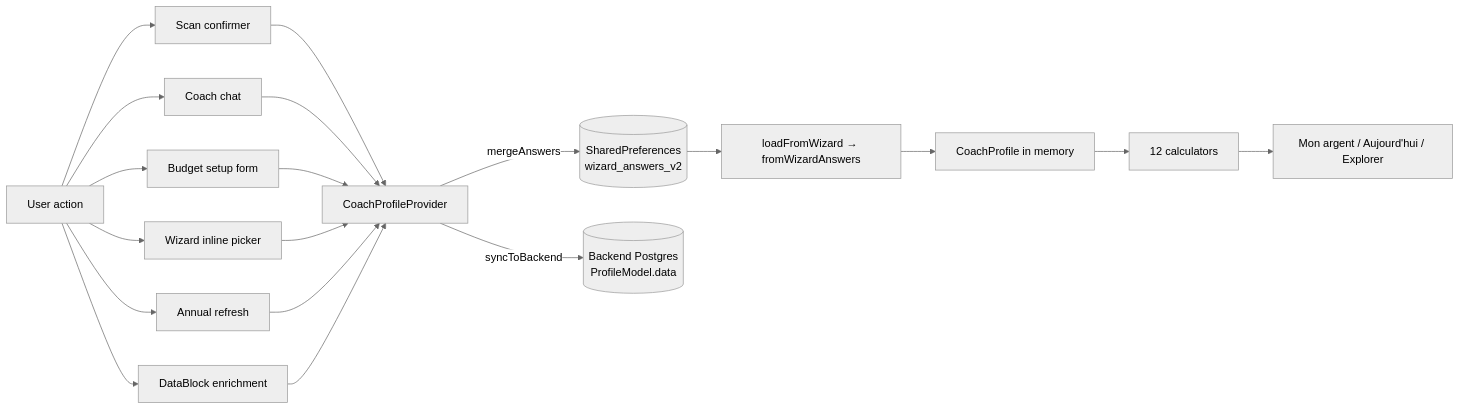
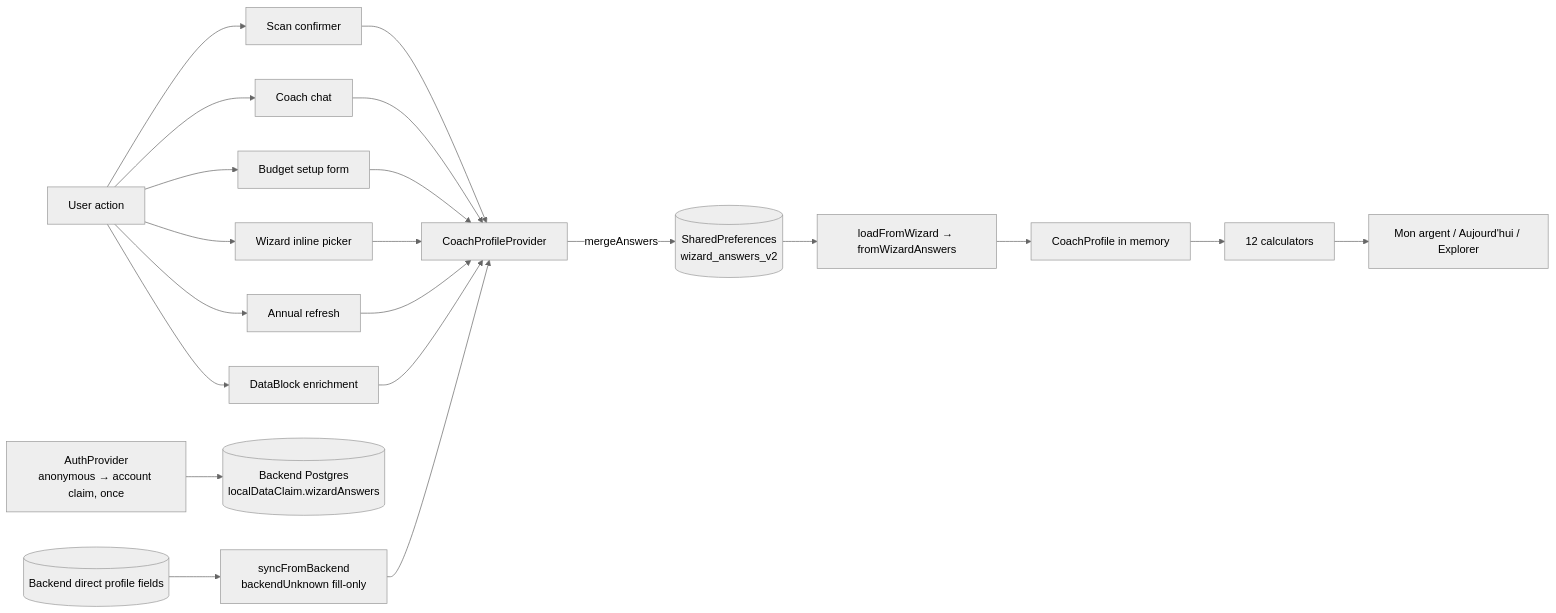
One commit to MINT-IA/MINT changed the diagram in docs/data-flow.md. Above: the diagram before and after it, drawn with Mermaid (neutral theme). The commit also changed other lines of this file and 147 other files, not shown here.

````diff
--- a/docs/data-flow.md
+++ b/docs/data-flow.md
@@ -35,23 +37,26 @@
 ```mermaid
 flowchart LR
     U[User action] --> W1[Scan confirmer]
     U --> W2[Coach chat]
     U --> W3[Budget setup form]
     U --> W4[Wizard inline picker]
     U --> W5[Annual refresh]
     U --> W6[DataBlock enrichment]
 
     W1 --> PROV[CoachProfileProvider]
     W2 --> PROV
     W3 --> PROV
     W4 --> PROV
     W5 --> PROV
     W6 --> PROV
 
     PROV -- mergeAnswers --> SP[(SharedPreferences<br/>wizard_answers_v2)]
-    PROV -- syncToBackend --> BE[(Backend Postgres<br/>ProfileModel.data)]
     SP --> LOAD[loadFromWizard → fromWizardAnswers]
     LOAD --> PROFILE[CoachProfile in memory]
     PROFILE --> CALCS[12 calculators]
     CALCS --> UI[Mon argent / Aujourd'hui / Explorer]
+
+    AUTH[AuthProvider<br/>anonymous → account claim, once] --> CLAIM[(Backend Postgres<br/>localDataClaim.wizardAnswers)]
+    BE[(Backend direct profile fields)] --> INBOUND[syncFromBackend<br/>backendUnknown fill-only]
+    INBOUND --> PROV
 ```
````
